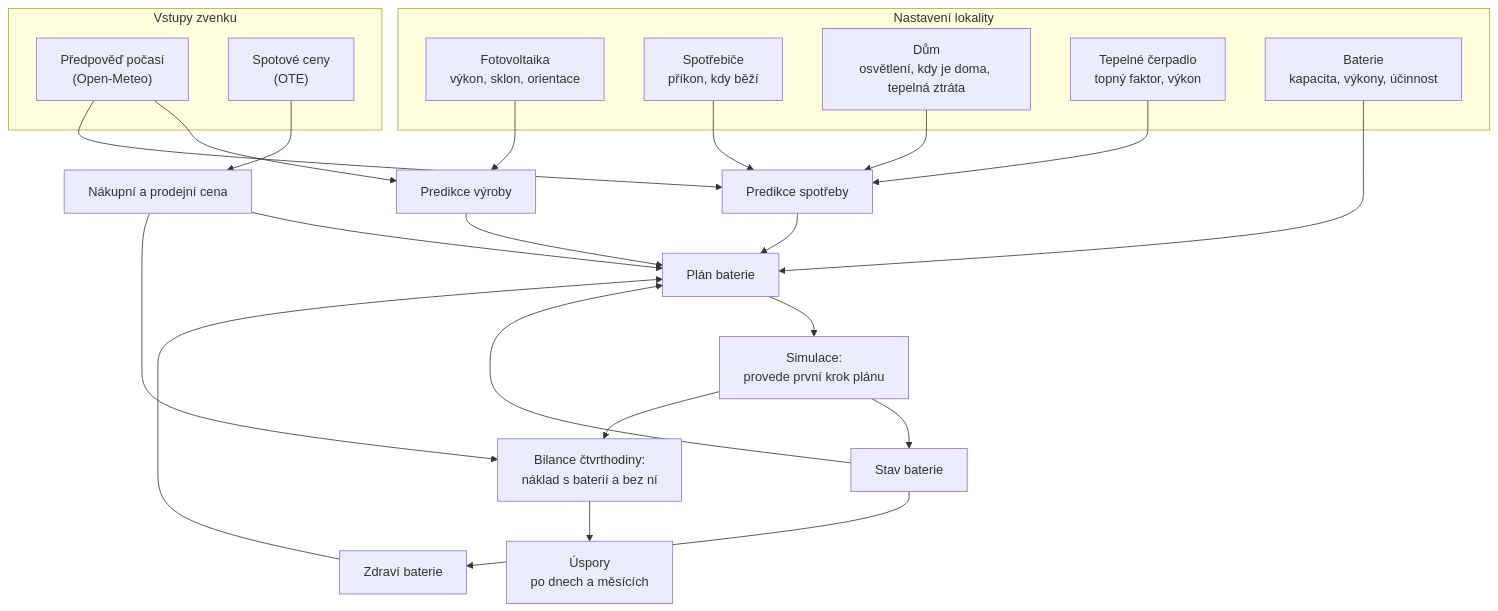
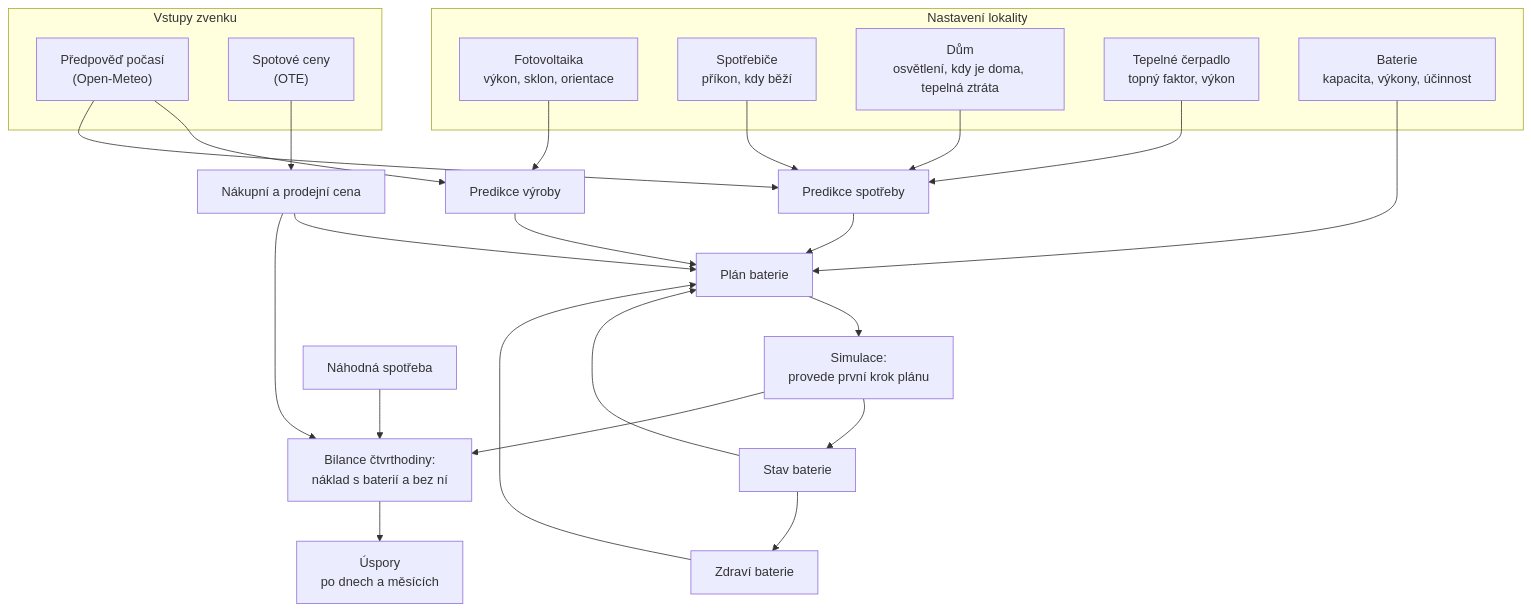
One commit to lilianluca/ems changed the diagram in docs/prehled.md. Above: the diagram before and after it, drawn with Mermaid. The commit also changed other lines of this file and 18 other files, not shown here.

````diff
--- a/docs/prehled.md
+++ b/docs/prehled.md
@@ -63,38 +63,39 @@
 ```mermaid
 flowchart TD
     subgraph vstupy["Vstupy zvenku"]
         meteo["Předpověď počasí<br/>(Open-Meteo)"]
         ote["Spotové ceny<br/>(OTE)"]
     end
 
     subgraph nastaveni["Nastavení lokality"]
         fve["Fotovoltaika<br/>výkon, sklon, orientace"]
         spotrebice["Spotřebiče<br/>příkon, kdy běží"]
         dum["Dům<br/>osvětlení, kdy je doma, tepelná ztráta"]
         cerpadlo["Tepelné čerpadlo<br/>topný faktor, výkon"]
         baterie["Baterie<br/>kapacita, výkony, účinnost"]
     end
 
     meteo --> vyroba["Predikce výroby"]
     fve --> vyroba
     spotrebice --> spotreba["Predikce spotřeby"]
     dum --> spotreba
     cerpadlo --> spotreba
     meteo --> spotreba
     ote --> ceny["Nákupní a prodejní cena"]
 
     vyroba --> plan["Plán baterie"]
     spotreba --> plan
     ceny --> plan
     baterie --> plan
     stav["Stav baterie"] --> plan
 
     plan --> simulace["Simulace:<br/>provede první krok plánu"]
     simulace --> stav
     simulace --> bilance["Bilance čtvrthodiny:<br/>náklad s baterií a bez ní"]
     ceny --> bilance
+    nahoda["Náhodná spotřeba"] --> bilance
 
     bilance --> uspory["Úspory<br/>po dnech a měsících"]
     stav --> zdravi["Zdraví baterie"]
     zdravi --> plan
 ```
````
